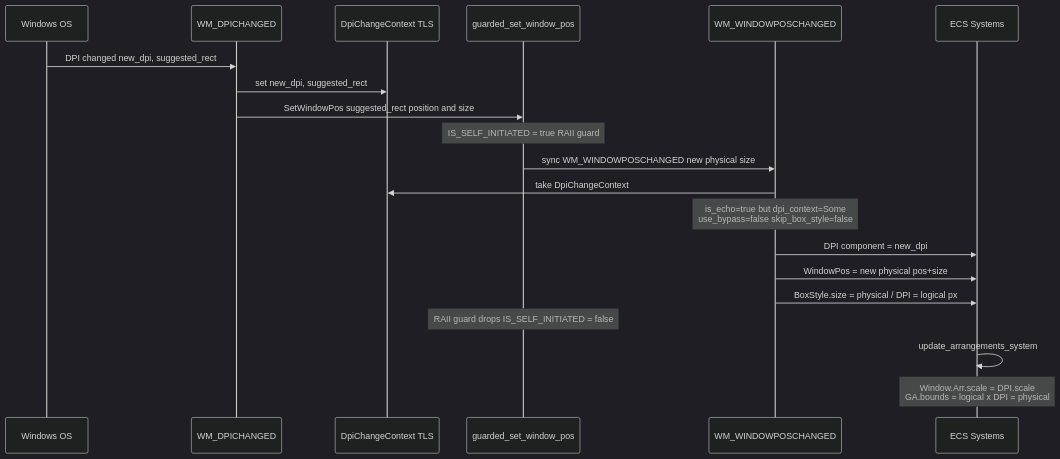
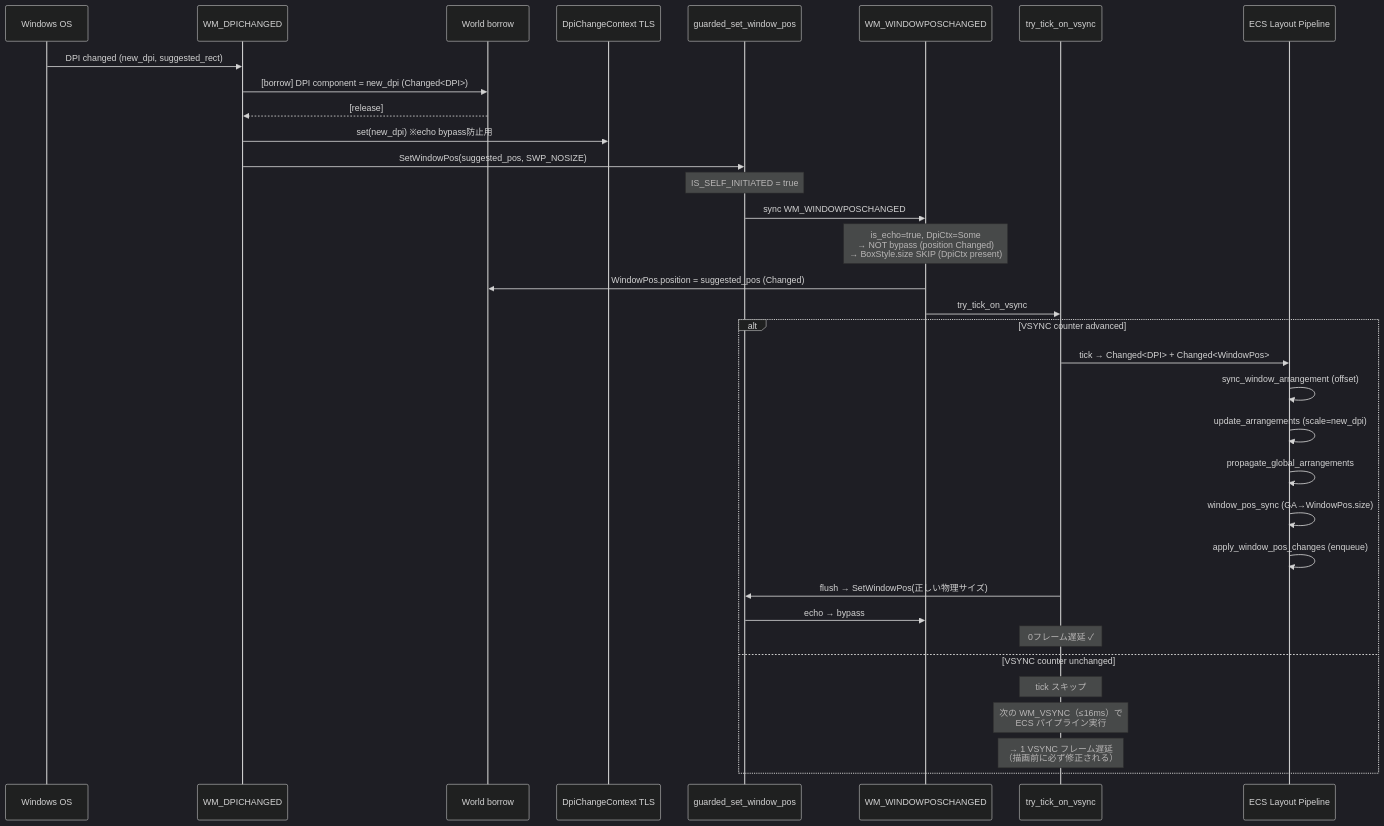
The second of 2 diagrams in .kiro/specs/wintf-dpi-aware-layout/design.md (ekicyou/areka), drawn with Mermaid (dark theme) before and after one commit. The commit also changed other lines of this file and 1 other file, not shown here.

````diff
--- a/.kiro/specs/wintf-dpi-aware-layout/design.md
+++ b/.kiro/specs/wintf-dpi-aware-layout/design.md
@@ -93,23 +99,37 @@
 ```mermaid
 sequenceDiagram
     participant OS as Windows OS
     participant WDC as WM_DPICHANGED
+    participant W as World borrow
     participant CTX as DpiChangeContext TLS
     participant SWP as guarded_set_window_pos
     participant WPC as WM_WINDOWPOSCHANGED
-    participant ECS as ECS Systems
+    participant TICK as try_tick_on_vsync
+    participant ECS as ECS Layout Pipeline
 
-    OS->>WDC: DPI changed new_dpi, suggested_rect
-    WDC->>CTX: set new_dpi, suggested_rect
-    WDC->>SWP: SetWindowPos suggested_rect position and size
-    Note over SWP: IS_SELF_INITIATED = true RAII guard
-    SWP->>WPC: sync WM_WINDOWPOSCHANGED new physical size
-    WPC->>CTX: take DpiChangeContext
-    Note over WPC: is_echo=true but dpi_context=Some<br>use_bypass=false skip_box_style=false
-    WPC->>ECS: DPI component = new_dpi
-    WPC->>ECS: WindowPos = new physical pos+size
-    WPC->>ECS: BoxStyle.size = physical / DPI = logical px
-    Note over SWP: RAII guard drops IS_SELF_INITIATED = false
-    ECS->>ECS: update_arrangements_system
-    Note over ECS: Window.Arr.scale = DPI.scale<br>GA.bounds = logical x DPI = physical
+    OS->>WDC: DPI changed (new_dpi, suggested_rect)
+    WDC->>W: [borrow] DPI component = new_dpi (Changed<DPI>)
+    W-->>WDC: [release]
+    WDC->>CTX: set(new_dpi) ※echo bypass防止用
+    WDC->>SWP: SetWindowPos(suggested_pos, SWP_NOSIZE)
+    Note over SWP: IS_SELF_INITIATED = true
+    SWP->>WPC: sync WM_WINDOWPOSCHANGED
+    Note over WPC: is_echo=true, DpiCtx=Some<br>→ NOT bypass (position Changed)<br>→ BoxStyle.size SKIP (DpiCtx present)
+    WPC->>W: WindowPos.position = suggested_pos (Changed)
+    WPC->>TICK: try_tick_on_vsync
+    alt VSYNC counter advanced
+        TICK->>ECS: tick → Changed<DPI> + Changed<WindowPos>
+        ECS->>ECS: sync_window_arrangement (offset)
+        ECS->>ECS: update_arrangements (scale=new_dpi)
+        ECS->>ECS: propagate_global_arrangements
+        ECS->>ECS: window_pos_sync (GA→WindowPos.size)
+        ECS->>ECS: apply_window_pos_changes (enqueue)
+        TICK->>SWP: flush → SetWindowPos(正しい物理サイズ)
+        SWP->>WPC: echo → bypass
+        Note over TICK: 0フレーム遅延 ✓
+    else VSYNC counter unchanged
+        Note over TICK: tick スキップ
+        Note over TICK: 次の WM_VSYNC（≤16ms）で<br>ECS パイプライン実行
+        Note over TICK: → 1 VSYNC フレーム遅延<br>（描画前に必ず修正される）
+    end
 ```
````
